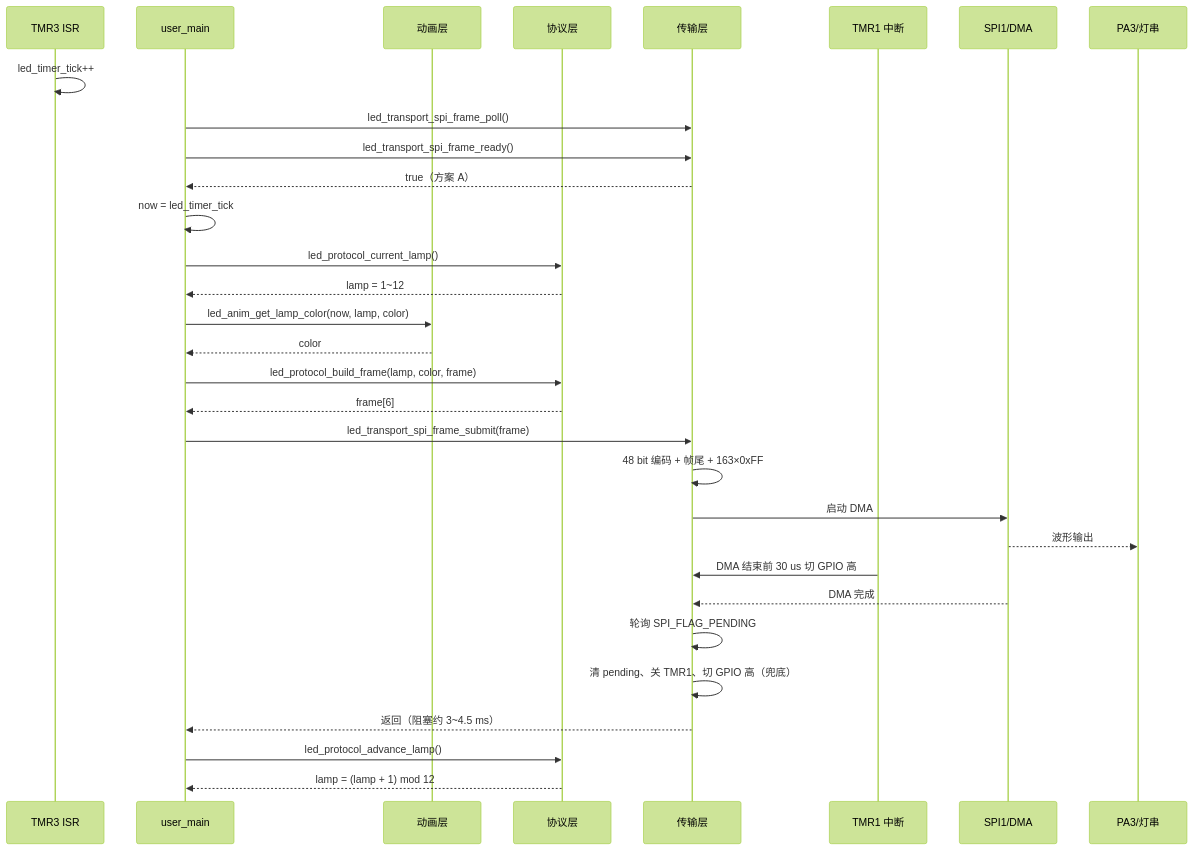
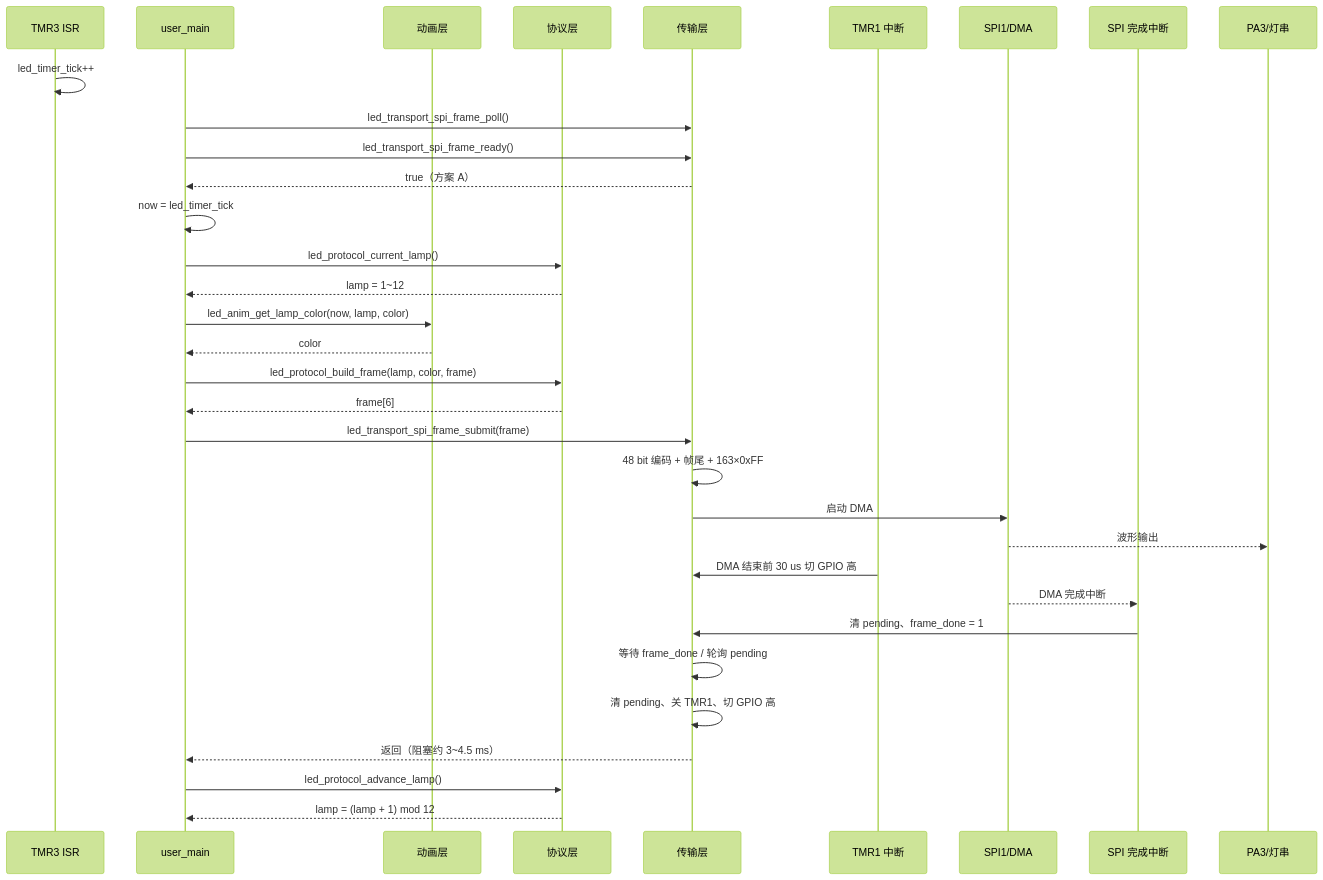
Before and after one commit to voidobserve/project-2026-10-22-AB2027A3-SOP16: the fourth of 6 diagrams in docs/LED三层架构与调用逻辑.md, drawn with Mermaid (forest theme). The commit also changed other lines of this file and 1 other file, not shown here.

First line of the commit message:
feat(led): SPI 帧发送完成改为中断驱动，保留轮询与超时兜底

````diff
--- a/docs/LED三层架构与调用逻辑.md
+++ b/docs/LED三层架构与调用逻辑.md
@@ -168,40 +171,42 @@
 ```mermaid
 sequenceDiagram
     participant TMR3 as TMR3 ISR
     participant MAIN as user_main
     participant ANIM as 动画层
     participant PROTO as 协议层
     participant TRANS as 传输层
     participant TMR1 as TMR1 中断
     participant SPI as SPI1/DMA
+    participant ISR as SPI 完成中断
     participant LED as PA3/灯串
 
     TMR3->>TMR3: led_timer_tick++
 
     MAIN->>TRANS: led_transport_spi_frame_poll()
     MAIN->>TRANS: led_transport_spi_frame_ready()
     TRANS-->>MAIN: true（方案 A）
 
     MAIN->>MAIN: now = led_timer_tick
     MAIN->>PROTO: led_protocol_current_lamp()
     PROTO-->>MAIN: lamp = 1~12
 
     MAIN->>ANIM: led_anim_get_lamp_color(now, lamp, color)
     ANIM-->>MAIN: color
 
     MAIN->>PROTO: led_protocol_build_frame(lamp, color, frame)
     PROTO-->>MAIN: frame[6]
 
     MAIN->>TRANS: led_transport_spi_frame_submit(frame)
     TRANS->>TRANS: 48 bit 编码 + 帧尾 + 163×0xFF
     TRANS->>SPI: 启动 DMA
     SPI-->>LED: 波形输出
     TMR1->>TRANS: DMA 结束前 30 us 切 GPIO 高
-    SPI-->>TRANS: DMA 完成
-    TRANS->>TRANS: 轮询 SPI_FLAG_PENDING
-    TRANS->>TRANS: 清 pending、关 TMR1、切 GPIO 高（兜底）
+    SPI-->>ISR: DMA 完成中断
+    ISR->>TRANS: 清 pending、frame_done = 1
+    TRANS->>TRANS: 等待 frame_done / 轮询 pending
+    TRANS->>TRANS: 清 pending、关 TMR1、切 GPIO 高
     TRANS-->>MAIN: 返回（阻塞约 3~4.5 ms）
 
     MAIN->>PROTO: led_protocol_advance_lamp()
     PROTO-->>MAIN: lamp = (lamp + 1) mod 12
 ```
````
